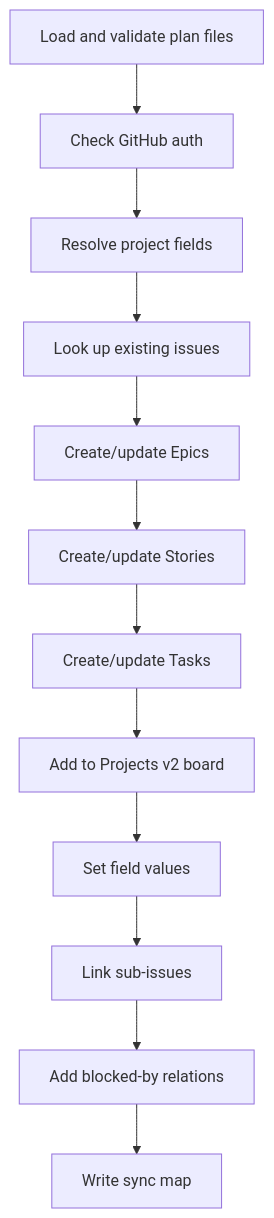
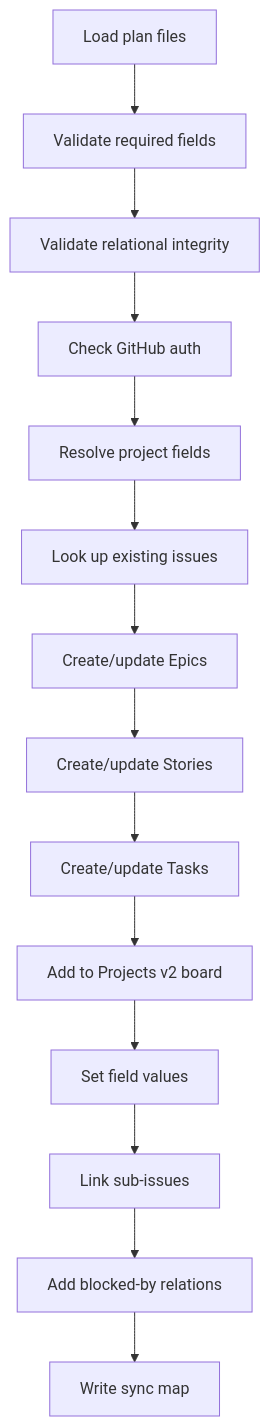
One commit to aryeko/planpilot changed the first of 3 diagrams in docs/how-it-works.md. Above: the diagram before and after it, drawn with Mermaid. The commit also changed other lines of this file and 6 other files, not shown here.

````diff
--- a/docs/how-it-works.md
+++ b/docs/how-it-works.md
@@ -9,14 +9,16 @@
 ```mermaid
 flowchart TD
-    A[Load and validate plan files] --> B[Check GitHub auth]
+    A[Load plan files] --> A1[Validate required fields]
+    A1 --> A2[Validate relational integrity]
+    A2 --> B[Check GitHub auth]
     B --> C[Resolve project fields]
     C --> D[Look up existing issues]
     D --> E[Create/update Epics]
     E --> F[Create/update Stories]
     F --> G[Create/update Tasks]
     G --> H[Add to Projects v2 board]
     H --> I[Set field values]
     I --> J[Link sub-issues]
     J --> K[Add blocked-by relations]
     K --> L[Write sync map]
 ```
````
